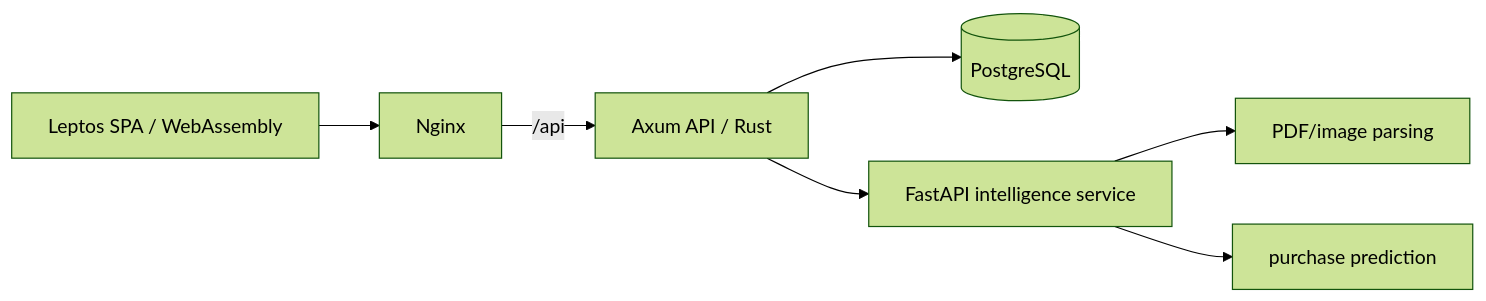
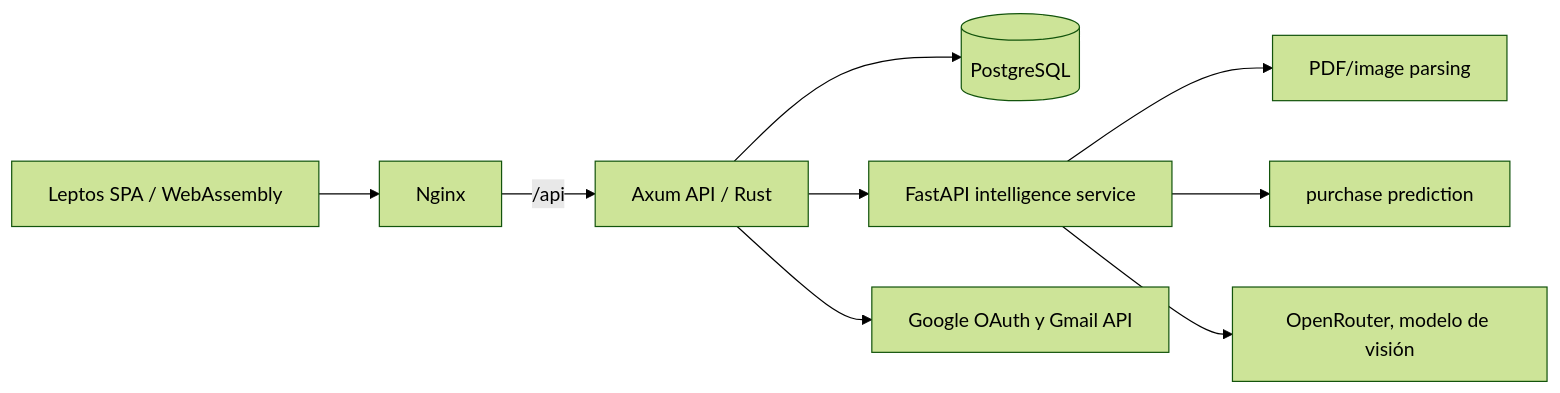
One commit to Darkrai500/mercastatsv2 changed the diagram in README.md. Above: the diagram before and after it, drawn with Mermaid (forest theme). The commit also changed other lines of this file, not shown here.

````diff
--- a/README.md
+++ b/README.md
@@ -33,9 +41,11 @@
 ```mermaid
 flowchart LR
     Browser["Leptos SPA / WebAssembly"] --> Nginx["Nginx"]
     Nginx -->|/api| API["Axum API / Rust"]
     API --> DB[(PostgreSQL)]
     API --> Intelligence["FastAPI intelligence service"]
+    API --> Google["Google OAuth y Gmail API"]
     Intelligence --> OCR["PDF/image parsing"]
     Intelligence --> ML["purchase prediction"]
+    Intelligence --> Vision["OpenRouter, modelo de visión"]
 ```
````
